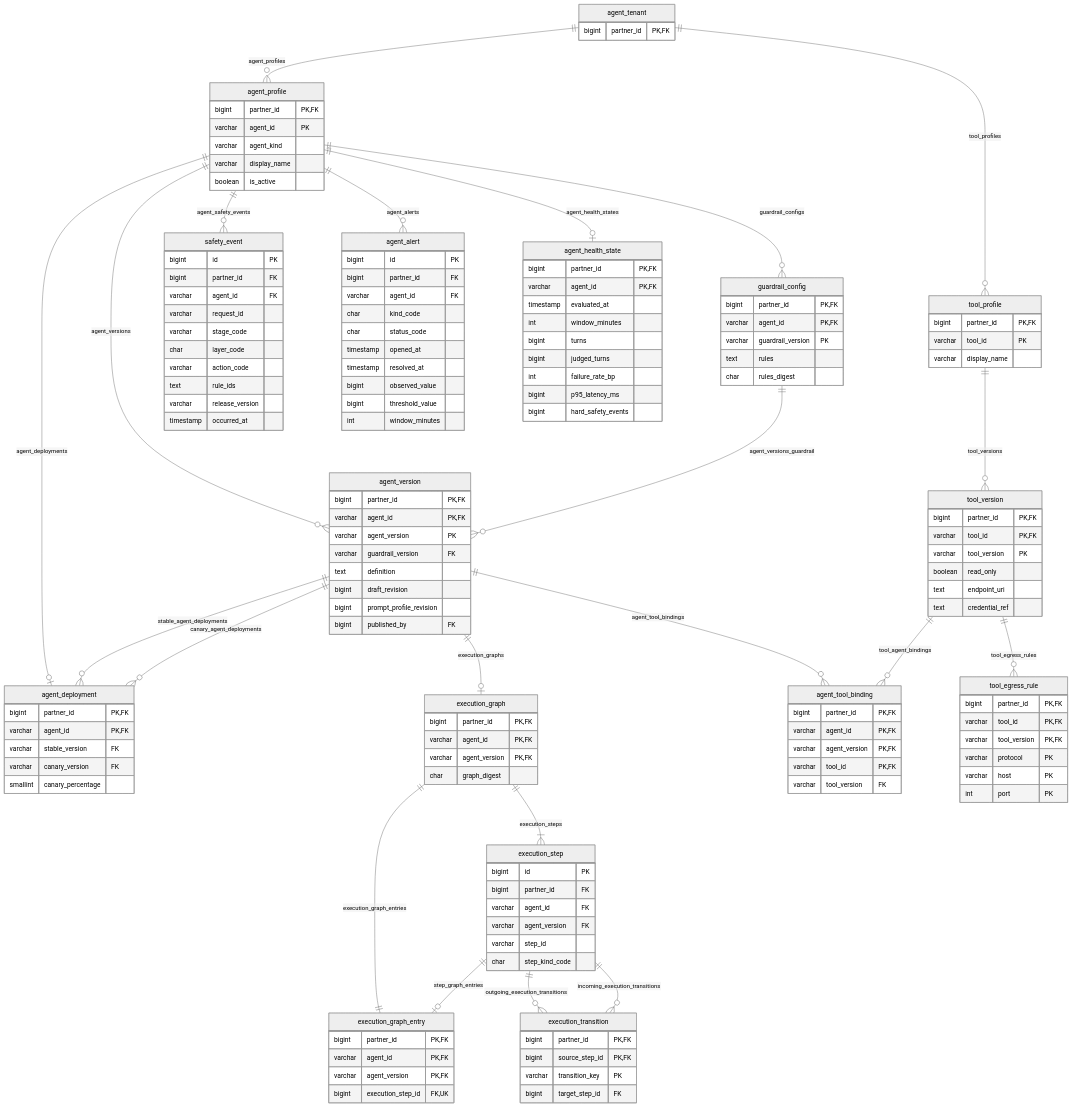
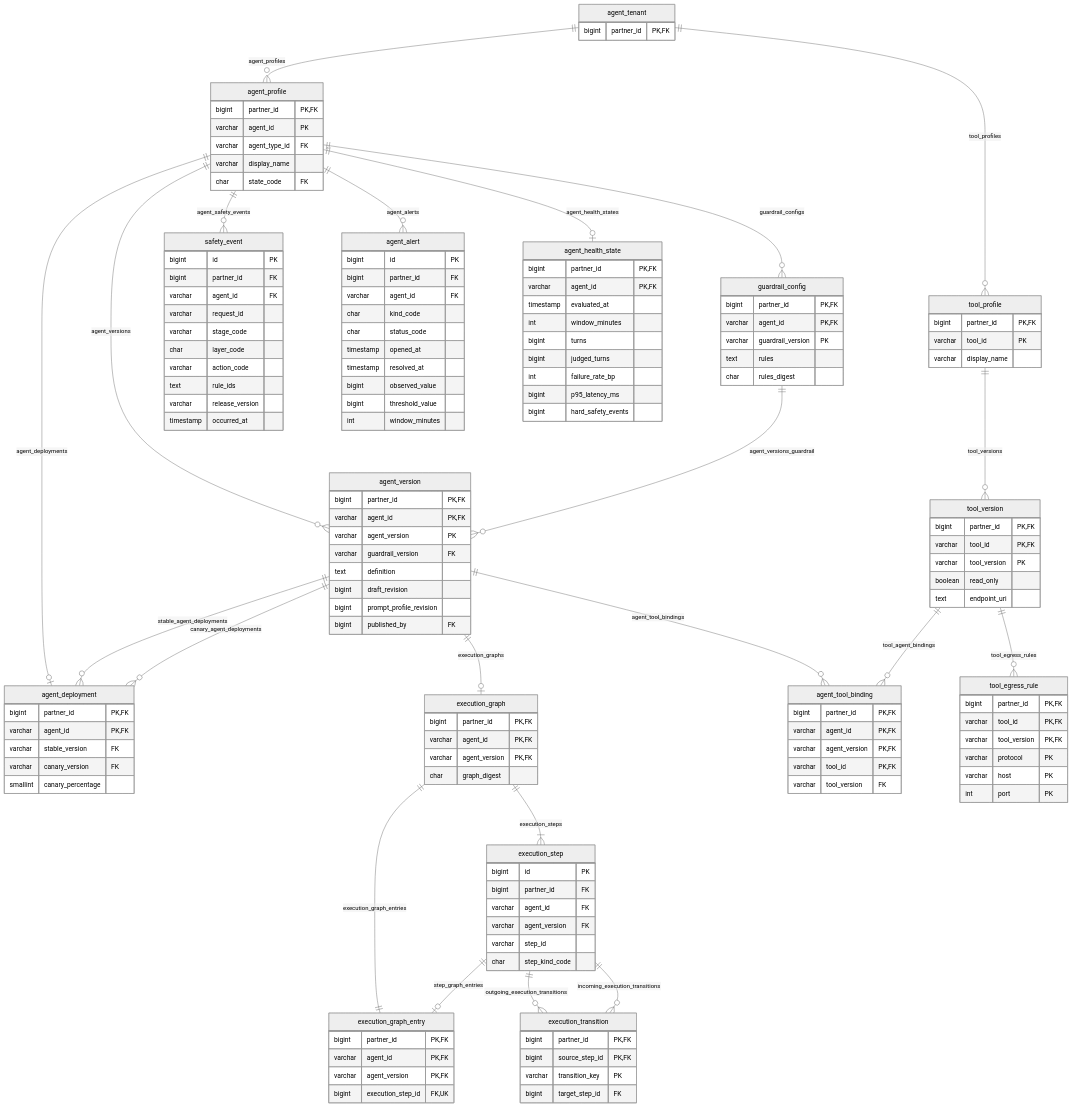
The fourth of 24 diagrams in doc/database.md (nauticana/scout), drawn with Mermaid (neutral theme) before and after one commit. The commit also changed other lines of this file and 84 other files, not shown here.

```diff
--- a/doc/database.md
+++ b/doc/database.md
@@ -645,9 +651,9 @@
     agent_profile {
         bigint partner_id PK,FK
         varchar agent_id PK
-        varchar agent_kind
+        varchar agent_type_id FK
         varchar display_name
-        boolean is_active
+        char state_code FK
     }
     guardrail_config {
         bigint partner_id PK,FK
@@ -719,7 +725,6 @@
         varchar tool_version PK
         boolean read_only
         text endpoint_uri
-        text credential_ref
     }
     tool_egress_rule {
         bigint partner_id PK,FK
```
